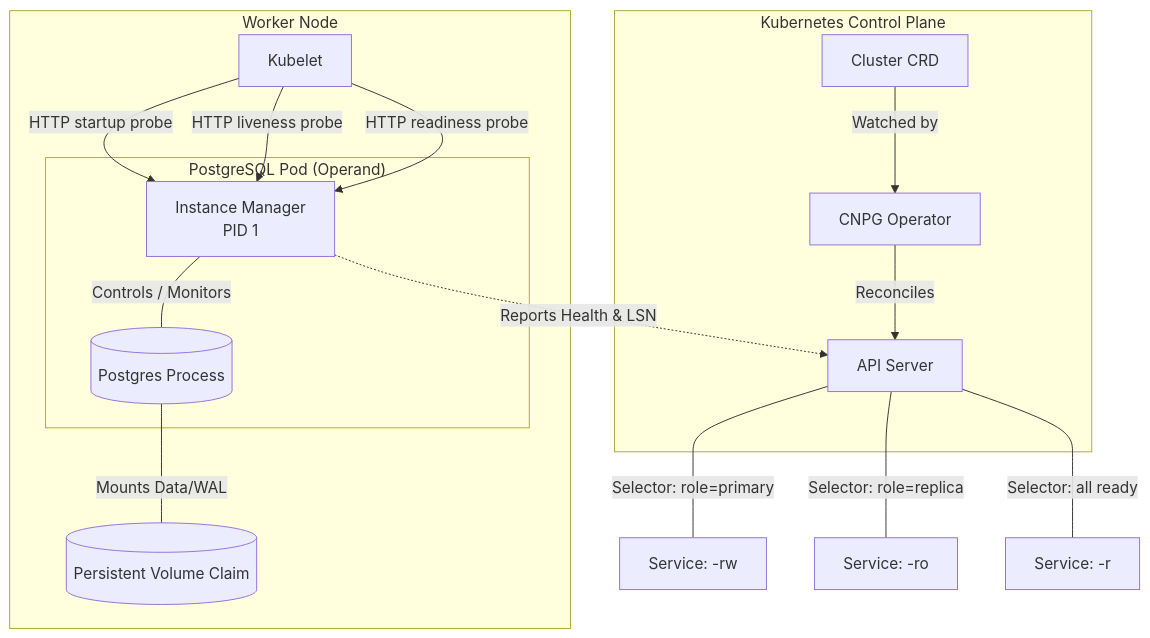
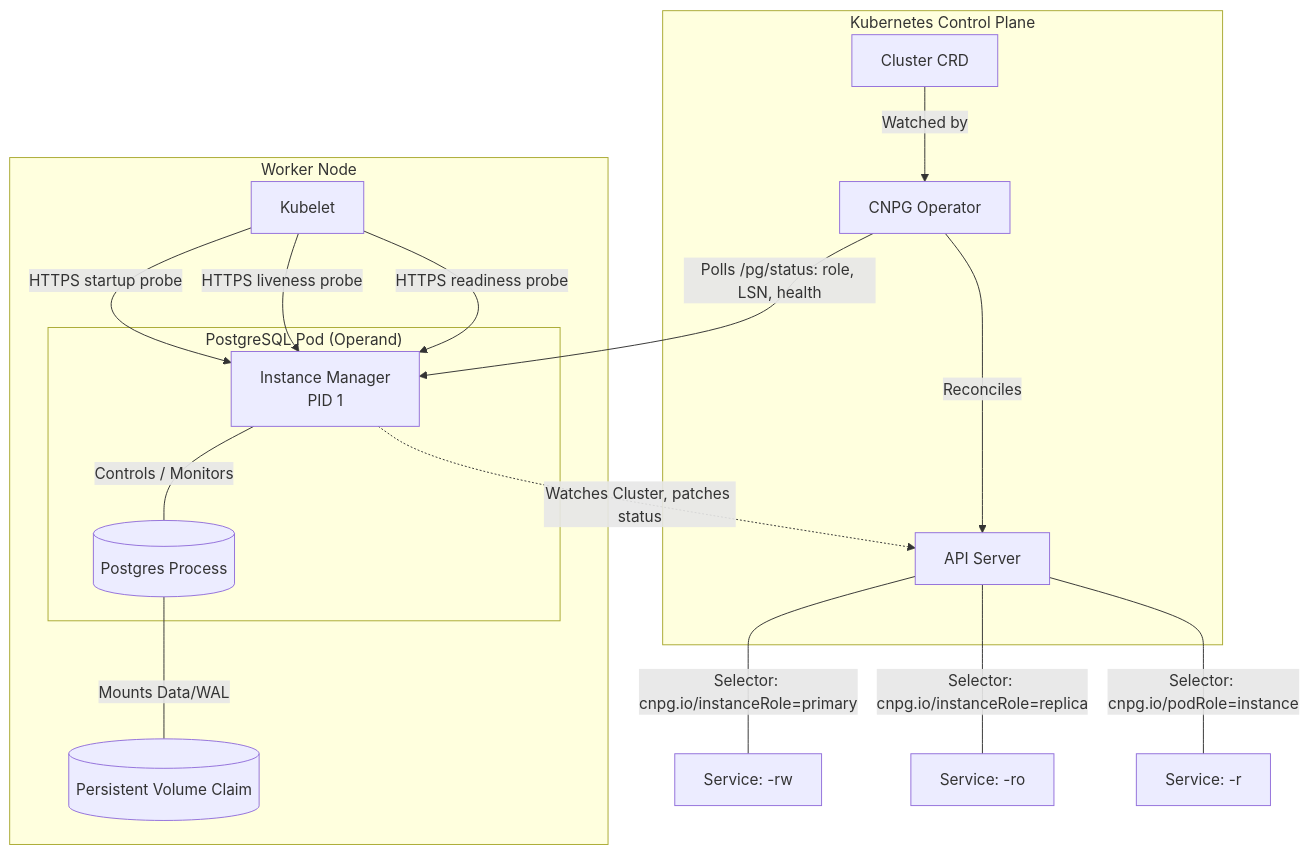
Before and after one commit to cloudnative-pg/cloudnative-pg: the first of 3 diagrams in contribute/technical-architecture.md, drawn with Mermaid. The commit also changed other lines of this file, not shown here.

First line of the commit message:
docs(contribute): align technical-architecture.md with current main (#11845)

````diff
--- a/contribute/technical-architecture.md
+++ b/contribute/technical-architecture.md
@@ -41,43 +42,44 @@
 ```mermaid
 graph TD
     subgraph Control_Plane [Kubernetes Control Plane]
         Cluster[Cluster CRD]
         Operator[CNPG Operator]
         K8sAPI[API Server]
     end
 
     subgraph Node ["Worker Node"]
         Kubelet[Kubelet]
 
         subgraph Pod ["PostgreSQL Pod (Operand)"]
             IM[Instance Manager <br/> PID 1]
             PG[(Postgres Process)]
 
             IM ---|Controls / Monitors| PG
         end
 
         PVC[(Persistent Volume Claim)]
     end
 
     SvcRW[Service: -rw]
     SvcRO[Service: -ro]
     SvcR[Service: -r]
 
     %% Probes
-    Kubelet -->|HTTP startup probe| IM
-    Kubelet -->|HTTP liveness probe| IM
-    Kubelet -->|HTTP readiness probe| IM
+    Kubelet -->|HTTPS startup probe| IM
+    Kubelet -->|HTTPS liveness probe| IM
+    Kubelet -->|HTTPS readiness probe| IM
 
     %% Logic & Persistence
     Cluster -->|Watched by| Operator
     Operator -->|Reconciles| K8sAPI
-    IM -.->|Reports Health & LSN| K8sAPI
+    Operator -->|"Polls /pg/status: role, LSN, health"| IM
+    IM -.->|Watches Cluster, patches status| K8sAPI
 
     PG ---|Mounts Data/WAL| PVC
 
     %% Traffic Routing
-    K8sAPI ---|Selector: role=primary| SvcRW
-    K8sAPI ---|Selector: role=replica| SvcRO
-    K8sAPI ---|Selector: all ready| SvcR
+    K8sAPI ---|"Selector: cnpg.io/instanceRole=primary"| SvcRW
+    K8sAPI ---|"Selector: cnpg.io/instanceRole=replica"| SvcRO
+    K8sAPI ---|"Selector: cnpg.io/podRole=instance"| SvcR
 
 ```
````
